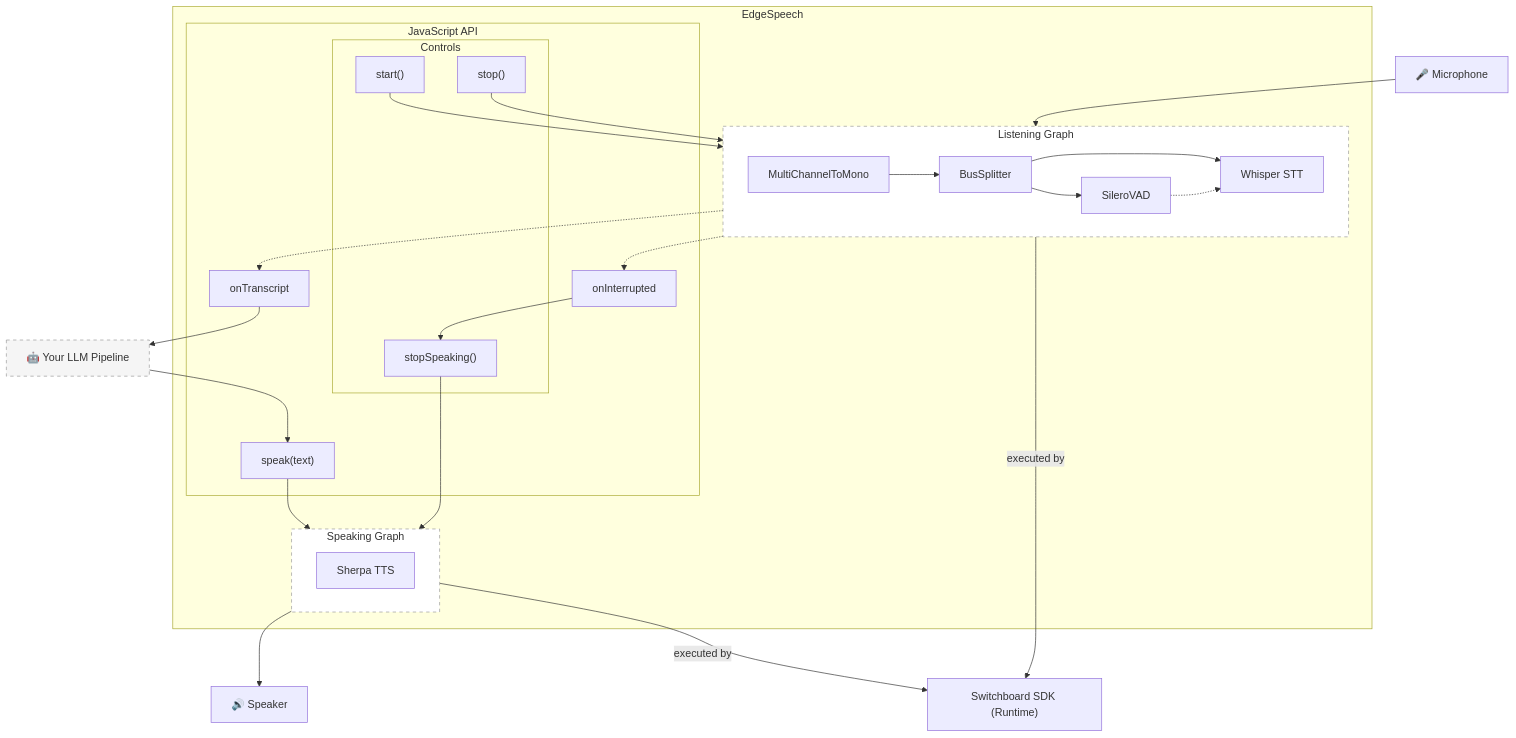
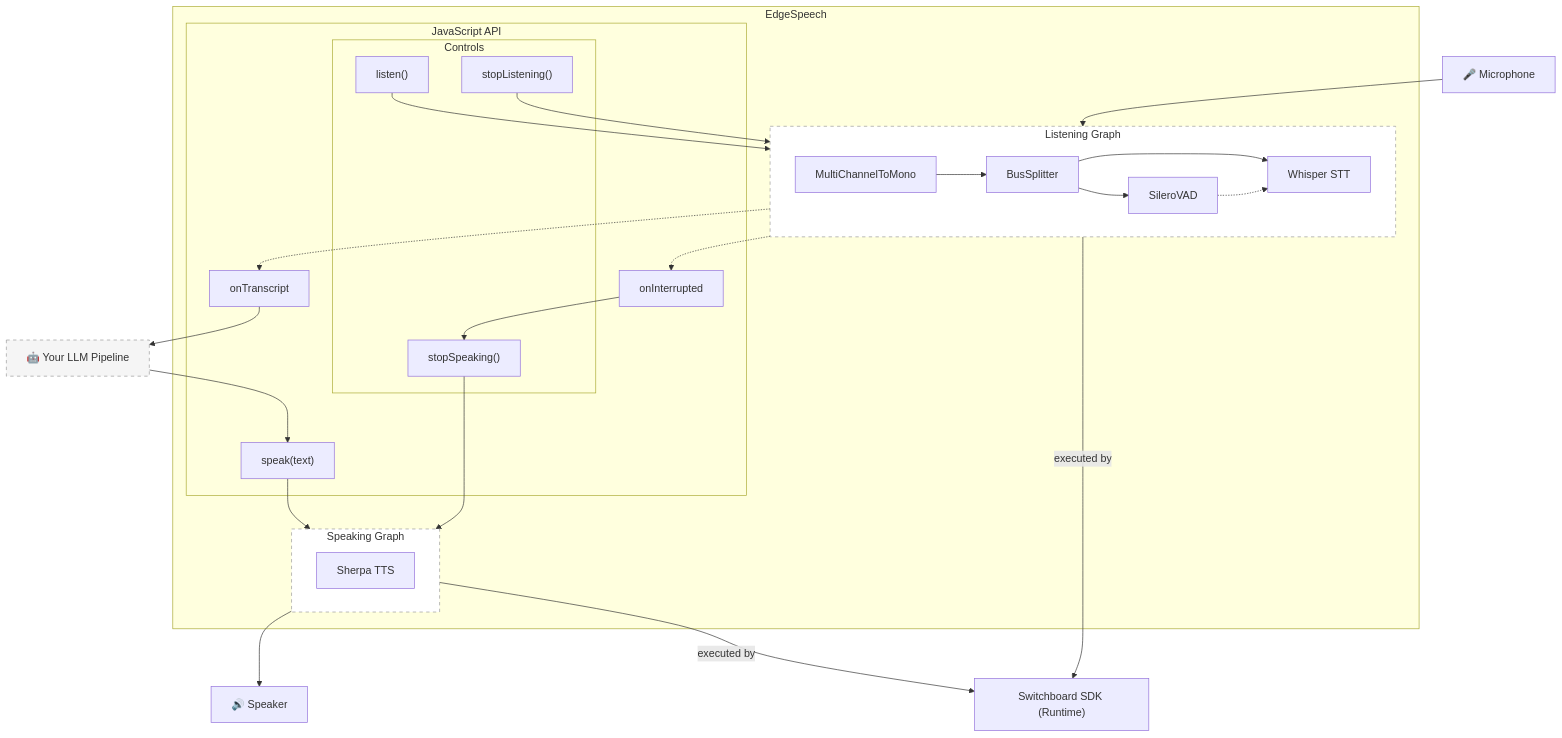
One commit to switchboard-sdk/EdgeSpeech changed the diagram in README.md. Above: the diagram before and after it, drawn with Mermaid. The commit also changed other lines of this file and 15 other files, not shown here.

````diff
--- a/README.md
+++ b/README.md
@@ -176,55 +176,55 @@
 ```mermaid
 flowchart TB
     mic["🎤 Microphone"]
     spk["🔊 Speaker"]
 
     subgraph Engines["EdgeSpeech"]
         subgraph JS["JavaScript API"]
             subgraph Controls["Controls"]
-                start["start()"]
-                stop["stop()"]
+                listen["listen()"]
+                stopListening["stopListening()"]
                 stopSpeaking["stopSpeaking()"]
             end
             speak["speak(text)"]
             onTranscript["onTranscript"]
             onInterrupted["onInterrupted"]
         end
         subgraph ListenGraph["Listening Graph"]
             direction LR
             MCtoMono["MultiChannelToMono"] --> Split["BusSplitter"]
             Split --> VAD["SileroVAD"]
             Split --> STT["Whisper STT"]
             VAD -.-> STT
         end
 
         subgraph SpeakingGraph["Speaking Graph"]
             TTS["Sherpa TTS"]
         end
     end
 
     SDK["Switchboard SDK (Runtime)"]
 
     mic --> ListenGraph
     SpeakingGraph --> spk
     ListenGraph -- "executed by" --> SDK
     SpeakingGraph -- "executed by" --> SDK
 
-    start --> ListenGraph
-    stop --> ListenGraph
+    listen --> ListenGraph
+    stopListening --> ListenGraph
     speak --> SpeakingGraph
     stopSpeaking --> SpeakingGraph
 
     STT -.-> onTranscript
     ListenGraph -.-> onInterrupted
     onInterrupted --> stopSpeaking
 
     onTranscript --> LLM
     LLM --> speak
 
     LLM["🤖 Your LLM Pipeline"]:::external
 
     classDef external fill:#f5f5f5,stroke:#999,stroke-dasharray: 5 5
 
     style ListenGraph fill:#fff,stroke:#999,stroke-dasharray: 5 5
     style SpeakingGraph fill:#fff,stroke:#999,stroke-dasharray: 5 5
 ```
````
